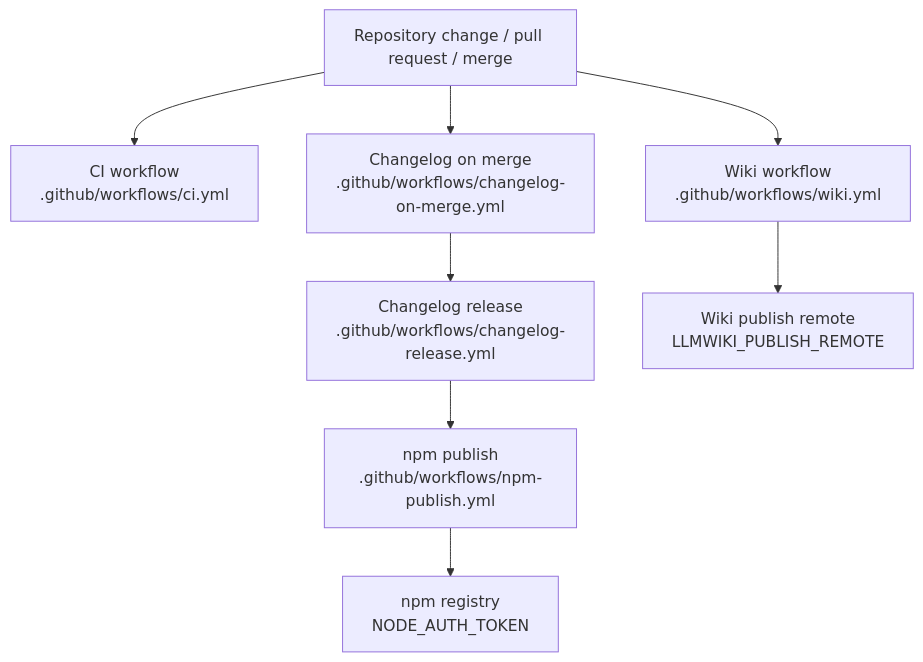
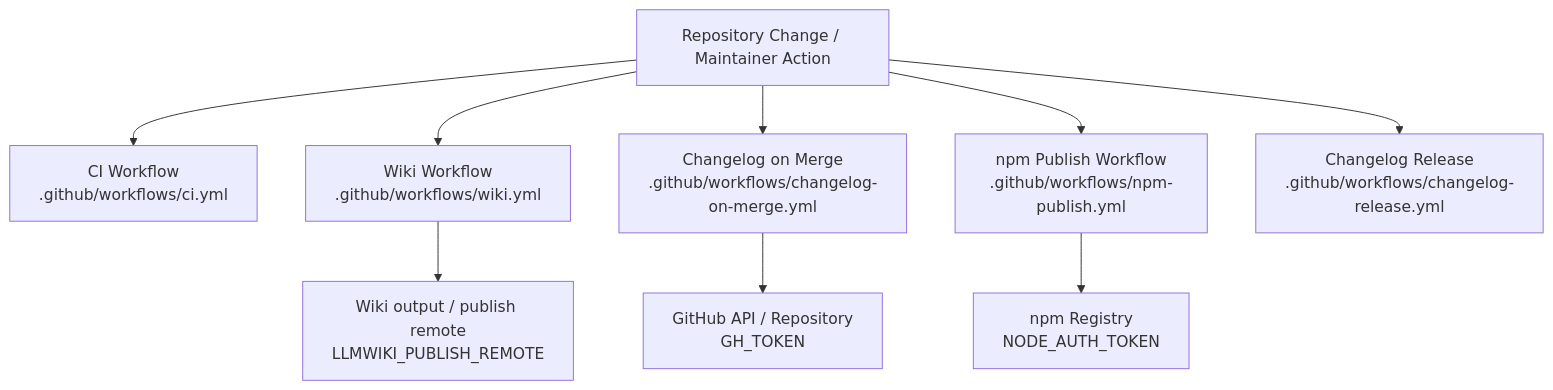
Before and after one commit to mfittko/repo-wiki: the fourth of 4 diagrams in Architecture.md, drawn with Mermaid. The commit also changed other lines of this file and 46 other files, not shown here.

Commit message:
Compile repository wiki 2026-06-13T09:19:47.014Z

````diff
--- a/Architecture.md
+++ b/Architecture.md
@@ -276,19 +184,19 @@
 ```mermaid
 flowchart TD
-    Change["Repository change / pull request / merge"]
-    CI["CI workflow\n.github/workflows/ci.yml"]
-    Wiki["Wiki workflow\n.github/workflows/wiki.yml"]
-    ChangelogMerge["Changelog on merge\n.github/workflows/changelog-on-merge.yml"]
-    ChangelogRelease["Changelog release\n.github/workflows/changelog-release.yml"]
-    NpmPublish["npm publish\n.github/workflows/npm-publish.yml"]
-    WikiRemote["Wiki publish remote\nLLMWIKI_PUBLISH_REMOTE"]
-    Npm["npm registry\nNODE_AUTH_TOKEN"]
+  Change["Repository Change / Maintainer Action"]
+  CI["CI Workflow\n.github/workflows/ci.yml"]
+  Wiki["Wiki Workflow\n.github/workflows/wiki.yml"]
+  Npm["npm Publish Workflow\n.github/workflows/npm-publish.yml"]
+  ChangelogMerge["Changelog on Merge\n.github/workflows/changelog-on-merge.yml"]
+  ChangelogRelease["Changelog Release\n.github/workflows/changelog-release.yml"]
 
-    Change --> CI
-    Change --> Wiki
-    Change --> ChangelogMerge
-    ChangelogMerge --> ChangelogRelease
-    ChangelogRelease --> NpmPublish
-    Wiki --> WikiRemote
-    NpmPublish --> Npm
+  Change --> CI
+  Change --> Wiki
+  Change --> ChangelogMerge
+  Change --> ChangelogRelease
+  Change --> Npm
+
+  Wiki --> WikiArtifact["Wiki output / publish remote\nLLMWIKI_PUBLISH_REMOTE"]
+  Npm --> Registry["npm Registry\nNODE_AUTH_TOKEN"]
+  ChangelogMerge --> GitHub["GitHub API / Repository\nGH_TOKEN"]
 ```
````
